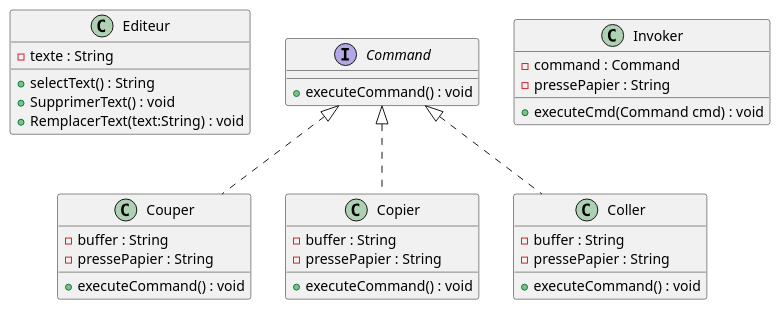
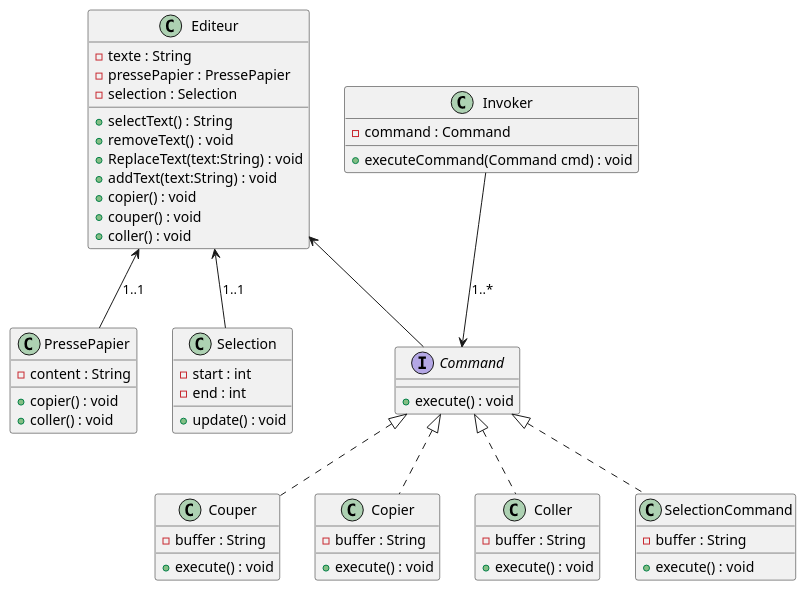
One commit to salahbdg/TP2_OMD changed the diagram in UML/classDiagram.plantuml. Above: the diagram before and after it, drawn with PlantUML.

```diff
--- a/UML/classDiagram.plantuml
+++ b/UML/classDiagram.plantuml
@@ -1,43 +1,72 @@
 @startuml
 class Editeur {
     - texte : String
+    - pressePapier : PressePapier
+    - selection : Selection
+
     + selectText() : String
-    + SupprimerText() : void
-    + RemplacerText(text:String) : void
+    + removeText() : void
+    + ReplaceText(text:String) : void
+    + addText(text:String) : void
+    + copier() : void
+    + couper() : void
+    + coller() : void
+}
+
+class PressePapier{
+    - content : String
+    + copier() : void
+    + coller() : void
+}
+
+class Selection {
+    - start : int
+    - end : int
+    + update() : void
 }
 
 Interface Command {
-    + executeCommand() : void
+    + execute() : void
 }
 
 class Couper {
     - buffer : String
-    - pressePapier : String
-    + executeCommand() : void
+    + execute() : void
 }
 
 class Copier {
     - buffer : String
-    - pressePapier : String
-    + executeCommand() : void
+    + execute() : void
 }
 
 class Coller {
     - buffer : String
-    - pressePapier : String
-    + executeCommand() : void
+    + execute() : void
+}
+
+class SelectionCommand {
+    - buffer : String
+    + execute() : void
 }
 
 class Invoker {
     - command : Command
-    - pressePapier : String
-    + executeCmd(Command cmd) : void
+    + executeCommand(Command cmd) : void
 }
 
+
+
 ' Relations
+
+Editeur <-- Command
 Command <|.. Copier
 Command <|.. Couper
 Command <|.. Coller
+Command <|.. SelectionCommand
+
+Editeur <-- PressePapier : "1..1"
+Editeur <-- Selection : "1..1"
+Invoker --> Command : "1..*"
 
 
 @enduml
```
